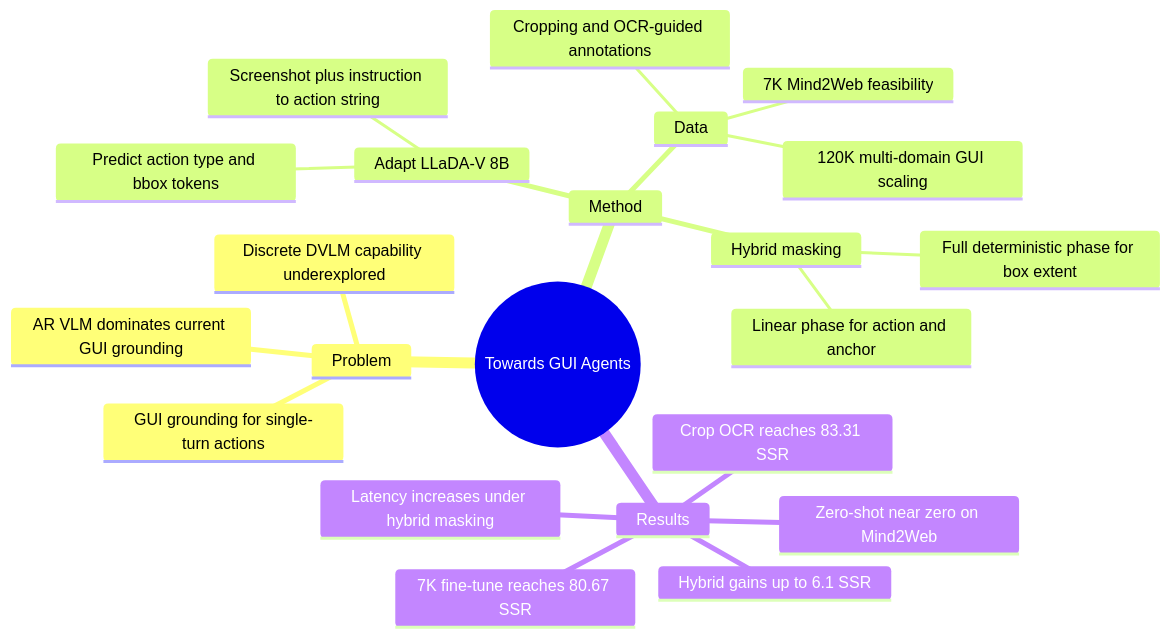
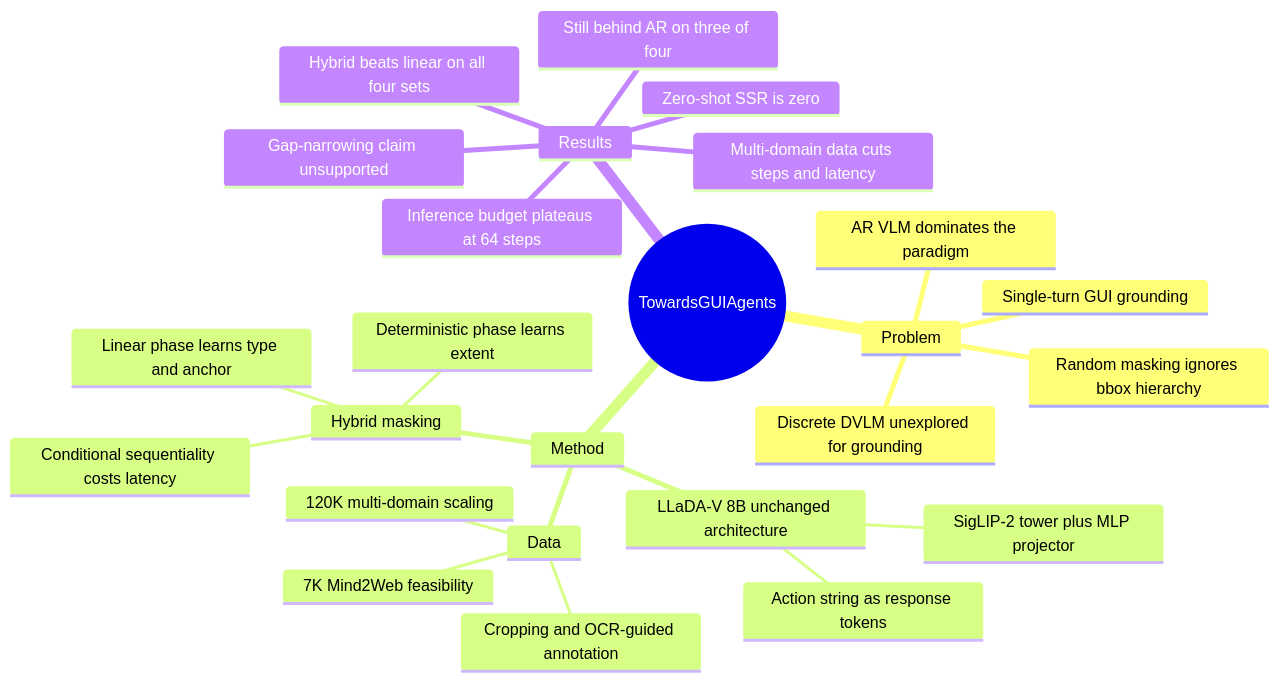
One commit to Kendrick-Stein/MCISLAB_DeepRead changed the diagram in Papers/2606-TowardsGUIAgents.md. Above: the diagram before and after it, drawn with Mermaid. The commit also changed other lines of this file and 138 other files, not shown here.

````diff
--- a/Papers/2606-TowardsGUIAgents.md
+++ b/Papers/2606-TowardsGUIAgents.md
@@ -99,25 +168,28 @@
 ```mermaid
 mindmap
-  root((Towards GUI Agents))
+  root((TowardsGUIAgents))
     Problem
-      GUI grounding for single-turn actions
-      AR VLM dominates current GUI grounding
-      Discrete DVLM capability underexplored
+      Single-turn GUI grounding
+      AR VLM dominates the paradigm
+      Discrete DVLM unexplored for grounding
+      Random masking ignores bbox hierarchy
     Method
-      Adapt LLaDA-V 8B
-        Screenshot plus instruction to action string
-        Predict action type and bbox tokens
+      LLaDA-V 8B unchanged architecture
+        SigLIP-2 tower plus MLP projector
+        Action string as response tokens
       Hybrid masking
-        Linear phase for action and anchor
-        Full deterministic phase for box extent
+        Linear phase learns type and anchor
+        Deterministic phase learns extent
+        Conditional sequentiality costs latency
       Data
         7K Mind2Web feasibility
-        120K multi-domain GUI scaling
-        Cropping and OCR-guided annotations
+        120K multi-domain scaling
+        Cropping and OCR-guided annotation
     Results
-      Zero-shot near zero on Mind2Web
-      7K fine-tune reaches 80.67 SSR
-      Crop OCR reaches 83.31 SSR
-      Hybrid gains up to 6.1 SSR
-      Latency increases under hybrid masking
+      Zero-shot SSR is zero
+      Inference budget plateaus at 64 steps
+      Multi-domain data cuts steps and latency
+      Hybrid beats linear on all four sets
+      Still behind AR on three of four
+      Gap-narrowing claim unsupported
 ```
````
